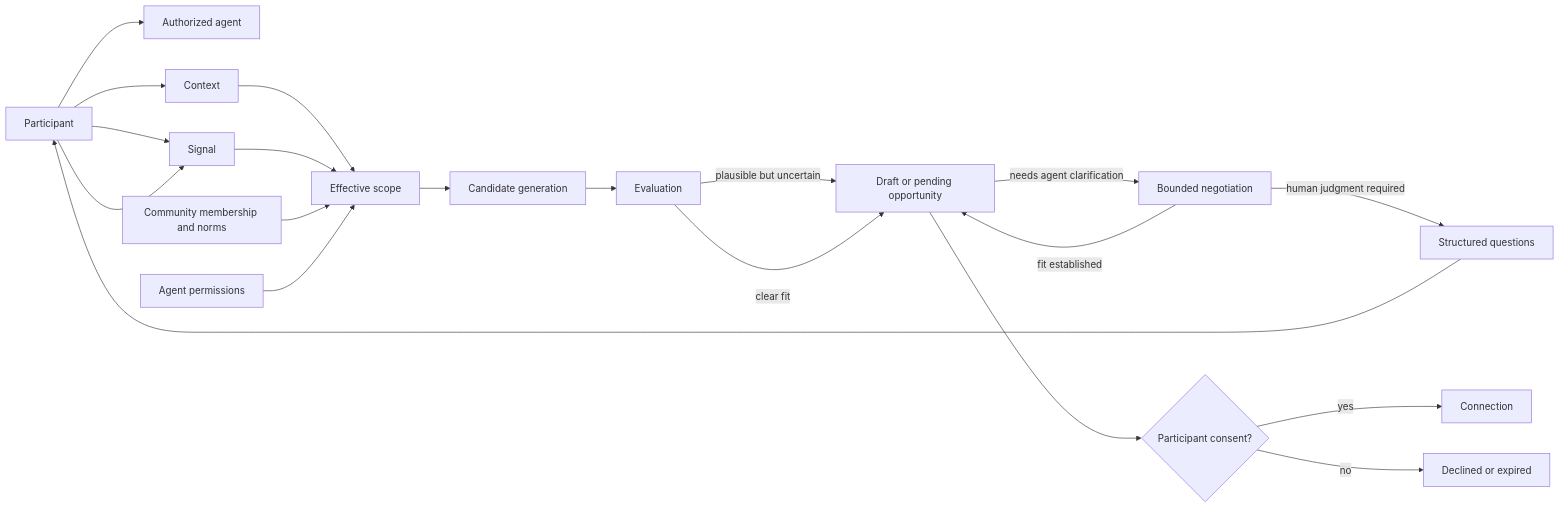
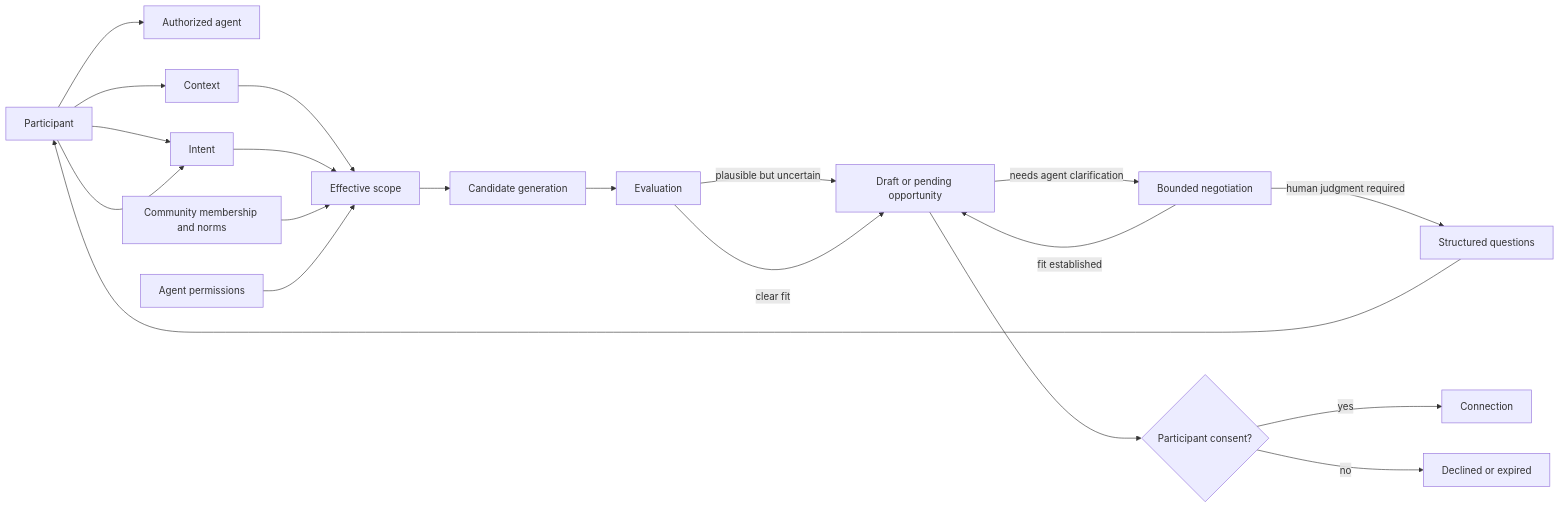
The first of 6 diagrams in packages/protocol/README.md (indexnetwork/index), drawn with Mermaid before and after one commit. The commit also changed other lines of this file and 199 other files, not shown here.

Commit message:
Rename signal to intent everywhere, with a migration for stored onboarding and opportunity interpretation data.

````diff
--- a/packages/protocol/README.md
+++ b/packages/protocol/README.md
@@ -21,25 +21,25 @@
 ```mermaid
 flowchart LR
     Participant[Participant] --> Agent[Authorized agent]
     Participant --> Context[Context]
-    Participant --> Signal[Signal]
+    Participant --> Intent[Intent]
 
     Context --> Scope[Effective scope]
-    Signal --> Scope
+    Intent --> Scope
     Community[Community membership and norms] --> Scope
     AgentScope[Agent permissions] --> Scope
 
     Scope --> CandidateGeneration[Candidate generation]
     CandidateGeneration --> Evaluation[Evaluation]
     Evaluation -->|plausible but uncertain| Opportunity[Draft or negotiating opportunity]
     Evaluation -->|clear fit| Opportunity[Draft or pending opportunity]
     Opportunity -->|needs agent clarification| Negotiation[Bounded negotiation]
     Negotiation -->|fit established| Opportunity
     Negotiation -->|human judgment required| Questions[Structured questions]
     Questions --> Participant
-    Participant --> Signal
+    Participant --> Intent
 
     Opportunity --> Consent{Participant consent?}
     Consent -->|yes| Connection[Connection]
     Consent -->|no| Terminal[Declined or expired]
 ```
````
